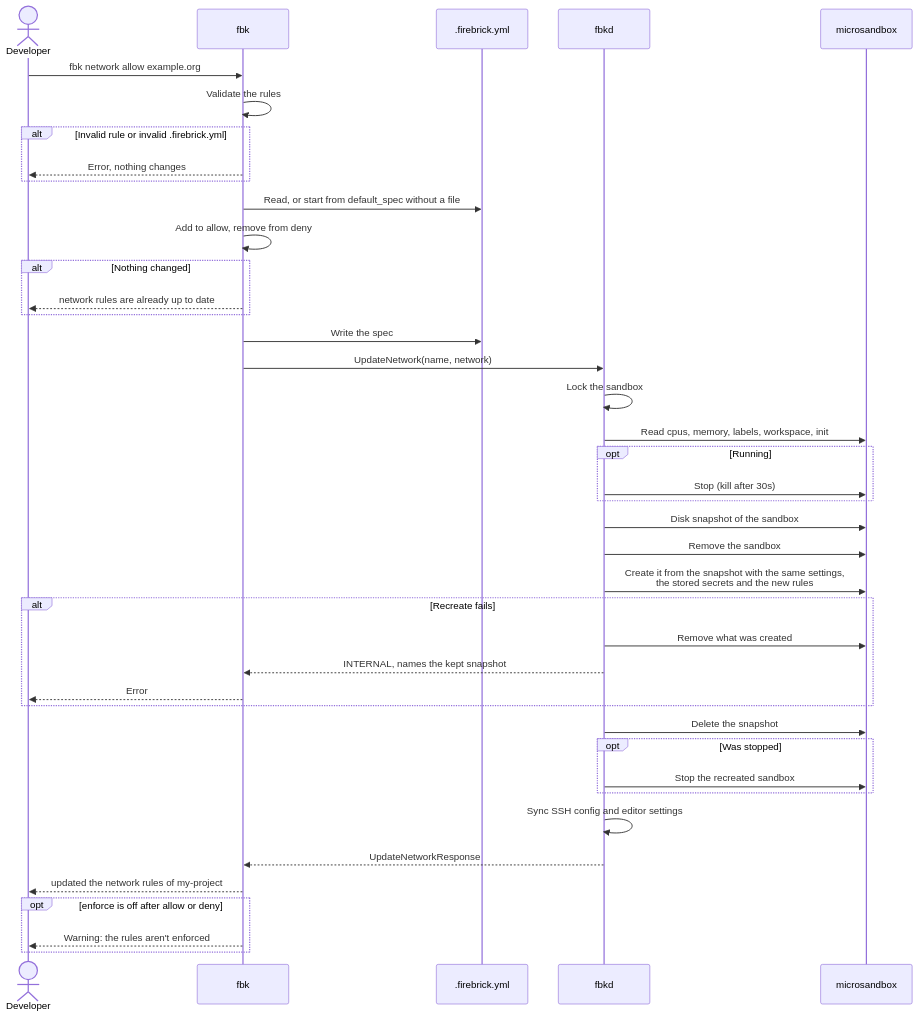
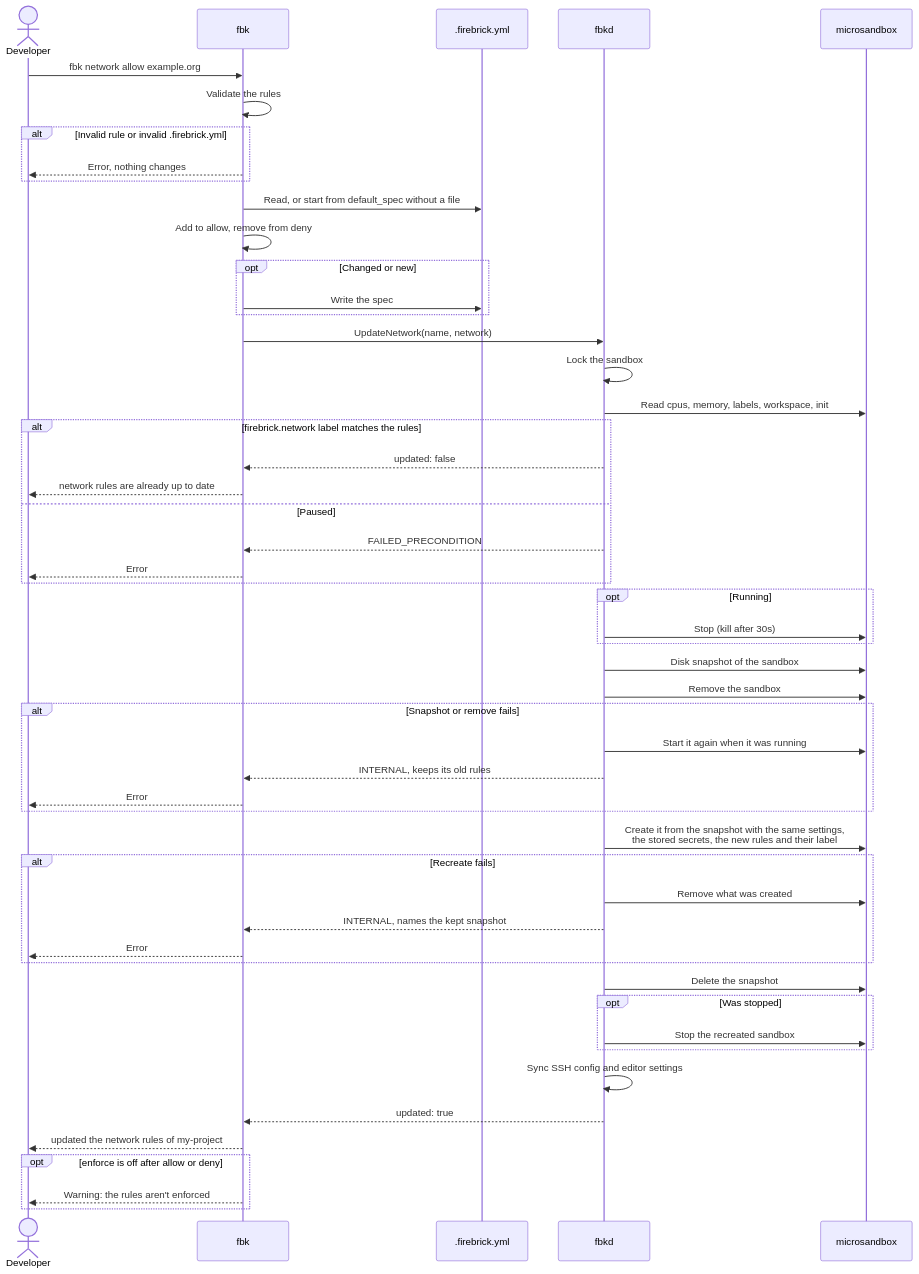
The sixth of 7 diagrams in docs/architecture/06-runtime-view.md (wmeints/anvil), drawn with Mermaid before and after one commit. The commit also changed other lines of this file and 10 other files, not shown here.

````diff
--- a/docs/architecture/06-runtime-view.md
+++ b/docs/architecture/06-runtime-view.md
@@ -420,44 +420,55 @@
 ```mermaid
 sequenceDiagram
     actor Dev as Developer
     participant CLI as fbk
     participant F as .firebrick.yml
     participant D as fbkd
     participant MS as microsandbox
 
     Dev->>CLI: fbk network allow example.org
     CLI->>CLI: Validate the rules
     alt Invalid rule or invalid .firebrick.yml
         CLI-->>Dev: Error, nothing changes
     end
     CLI->>F: Read, or start from default_spec without a file
     CLI->>CLI: Add to allow, remove from deny
-    alt Nothing changed
-        CLI-->>Dev: network rules are already up to date
+    opt Changed or new
+        CLI->>F: Write the spec
     end
-    CLI->>F: Write the spec
     CLI->>D: UpdateNetwork(name, network)
     D->>D: Lock the sandbox
     D->>MS: Read cpus, memory, labels, workspace, init
+    alt firebrick.network label matches the rules
+        D-->>CLI: updated: false
+        CLI-->>Dev: network rules are already up to date
+    else Paused
+        D-->>CLI: FAILED_PRECONDITION
+        CLI-->>Dev: Error
+    end
     opt Running
         D->>MS: Stop (kill after 30s)
     end
     D->>MS: Disk snapshot of the sandbox
     D->>MS: Remove the sandbox
-    D->>MS: Create it from the snapshot with the same settings,<br/>the stored secrets and the new rules
+    alt Snapshot or remove fails
+        D->>MS: Start it again when it was running
+        D-->>CLI: INTERNAL, keeps its old rules
+        CLI-->>Dev: Error
+    end
+    D->>MS: Create it from the snapshot with the same settings,<br/>the stored secrets, the new rules and their label
     alt Recreate fails
         D->>MS: Remove what was created
         D-->>CLI: INTERNAL, names the kept snapshot
         CLI-->>Dev: Error
     end
     D->>MS: Delete the snapshot
     opt Was stopped
         D->>MS: Stop the recreated sandbox
     end
     D->>D: Sync SSH config and editor settings
-    D-->>CLI: UpdateNetworkResponse
+    D-->>CLI: updated: true
     CLI-->>Dev: updated the network rules of my-project
     opt enforce is off after allow or deny
         CLI-->>Dev: Warning: the rules aren't enforced
     end
 ```
````
